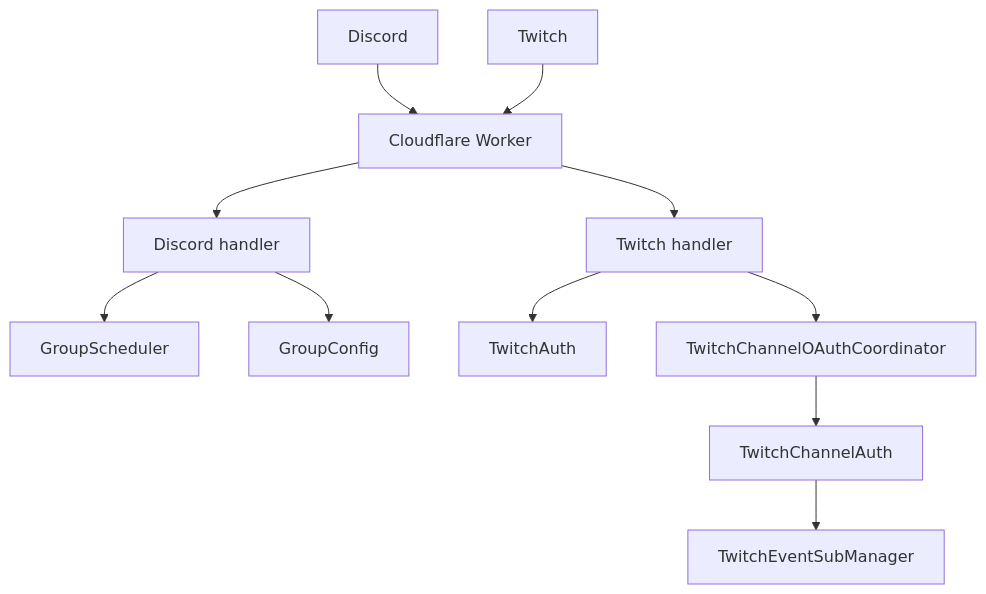
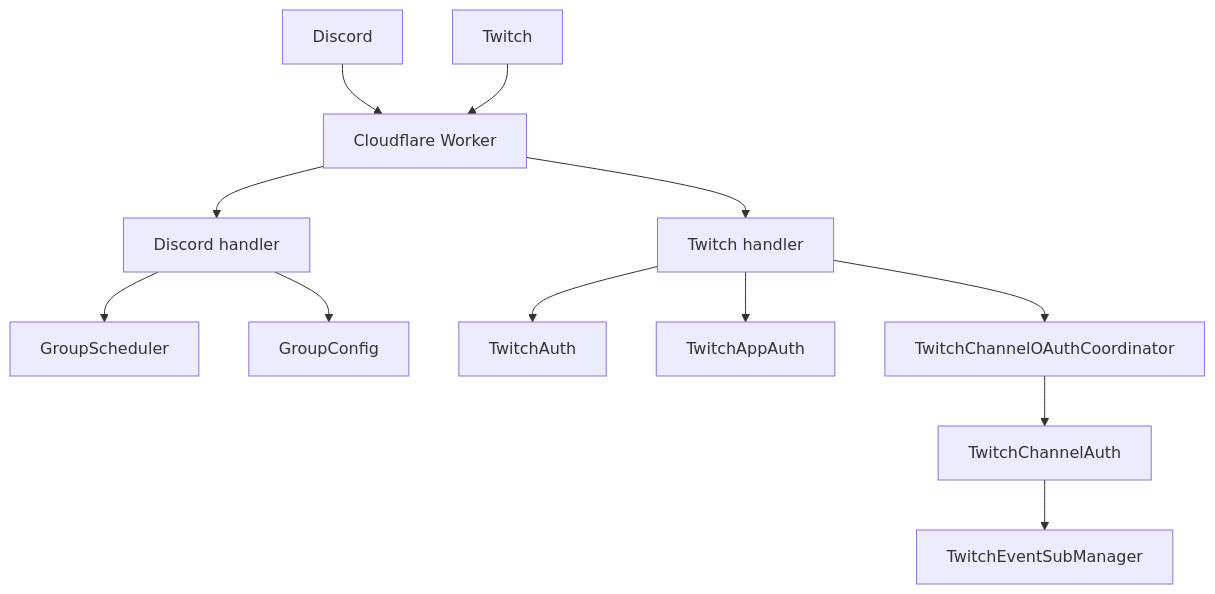
One commit to BCIrealm087/elmybot changed the diagram in README.md. Above: the diagram before and after it, drawn with Mermaid. The commit also changed other lines of this file and 7 other files, not shown here.

Commit message:
Use app access tokens for Twitch chat

````diff
--- a/README.md
+++ b/README.md
@@ -54,13 +54,14 @@
 ```mermaid
 flowchart TD
     D[Discord] --> W[Cloudflare Worker]
     T[Twitch] --> W
     W --> DH[Discord handler]
     W --> TH[Twitch handler]
     DH --> GS[GroupScheduler]
     DH --> GC[GroupConfig]
     TH --> TA[TwitchAuth]
+    TH --> AA[TwitchAppAuth]
     TH --> CO[TwitchChannelOAuthCoordinator]
     CO --> CA[TwitchChannelAuth]
     CA --> EM[TwitchEventSubManager]
 ```
````
